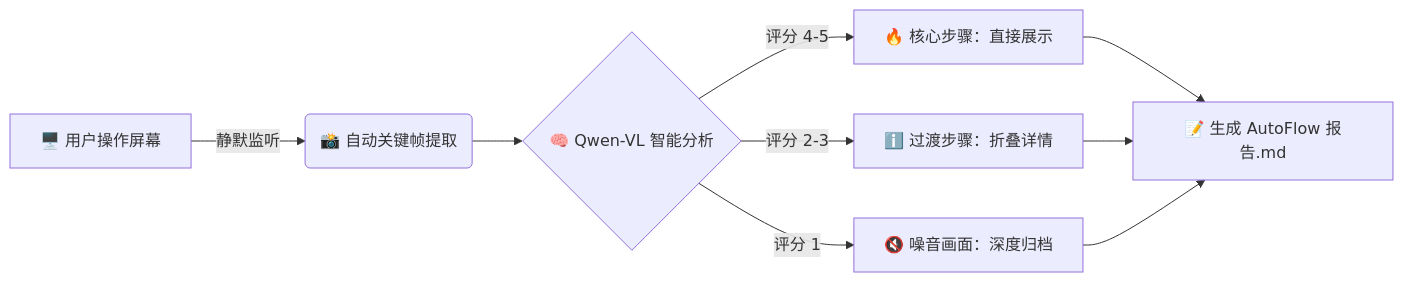
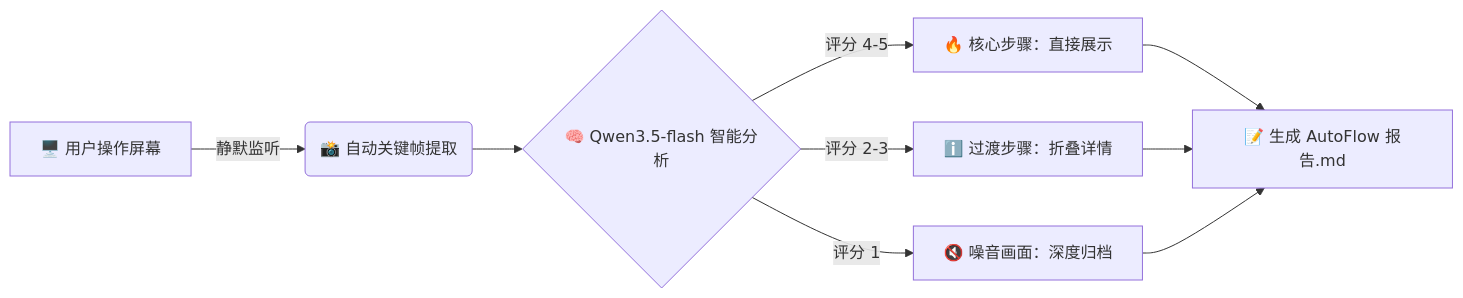
The diagram in README.md (Unmbrellaness/auto-flow-note), drawn with Mermaid before and after one commit. The commit also changed other lines of this file and 5 other files, not shown here.

Commit message:
更换屏幕采集算法，采用图像hash，且自动框选变化区域

````diff
--- a/README.md
+++ b/README.md
@@ -38,9 +39,9 @@
 ```mermaid
 graph LR
     A[🖥️ 用户操作屏幕] -->|静默监听 | B(📸 自动关键帧提取)
-    B --> C{🧠 Qwen-VL 智能分析}
+    B --> C{🧠 Qwen3.5-flash 智能分析}
     C -->|评分 4-5 | D[🔥 核心步骤：直接展示]
     C -->|评分 2-3 | E[ℹ️ 过渡步骤：折叠详情]
     C -->|评分 1 | F[🔇 噪音画面：深度归档]
     D & E & F --> G[📝 生成 AutoFlow 报告.md]
 ```
````
